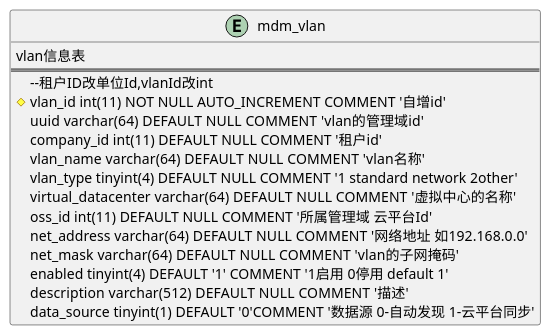
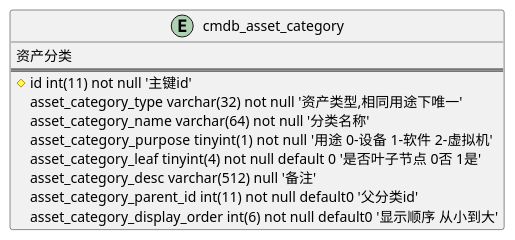
The diagram in README.md (liuchun2000/plantuml2mysql), drawn with PlantUML before and after one commit. The commit also changed other lines of this file and 3 other files, not shown here.

Commit message:
support varchar default value

````diff
--- a/README.md
+++ b/README.md
@@ -16,19 +14,16 @@
 ```plantuml
-entity mdm_vlan {
-  vlan信息表
+
+entity cmdb_asset_category {
+  资产分类
   ==
-  --租户ID改单位Id,vlanId改int
-  #vlan_id int(11) NOT NULL AUTO_INCREMENT COMMENT '自增id'
-  uuid varchar(64)  DEFAULT NULL COMMENT 'vlan的管理域id'
-  company_id int(11) DEFAULT NULL COMMENT '租户id'
-  vlan_name varchar(64)  DEFAULT NULL COMMENT 'vlan名称'
-  vlan_type tinyint(4) DEFAULT NULL COMMENT '1 standard network 2other'
-  virtual_datacenter varchar(64)  DEFAULT NULL COMMENT '虚拟中心的名称'
-  oss_id int(11) DEFAULT NULL COMMENT '所属管理域 云平台Id'
-  net_address varchar(64)  DEFAULT NULL COMMENT '网络地址 如192.168.0.0'
-  net_mask varchar(64)  DEFAULT NULL COMMENT 'vlan的子网掩码'
-  enabled tinyint(4) DEFAULT '1' COMMENT '1启用 0停用 default 1'
-  description varchar(512)  DEFAULT NULL COMMENT '描述'
-  data_source tinyint(1) DEFAULT '0'COMMENT '数据源 0-自动发现 1-云平台同步'
+  #id int(11) not null '主键id'
+  asset_category_type varchar(32) not null '资产类型,相同用途下唯一'
+  asset_category_name varchar(64) not null '分类名称'
+  asset_category_purpose tinyint(1) not null  '用途 0-设备 1-软件 2-虚拟机'
+  asset_category_leaf tinyint(4) not null default 0 '是否叶子节点 0否 1是'
+  asset_category_desc varchar(512) null '备注'
+  asset_category_parent_id int(11) not null default0 '父分类id'
+  asset_category_display_order int(6) not null default0 '显示顺序 从小到大'
 }
+
 ```
````
